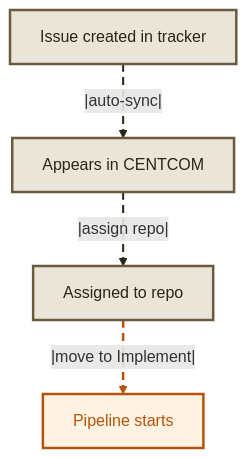
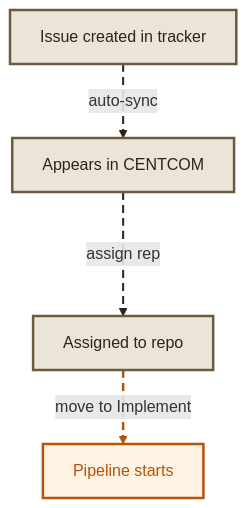
Before and after one commit to dunkinfrunkin/maestro: the second of 5 diagrams in docs/docs/concepts/index.mdx, drawn with Mermaid. The commit also changed other lines of this file, not shown here.

Commit message:
fix: remove pipe delimiters from mermaid edge labels

````diff
--- a/docs/docs/concepts/index.mdx
+++ b/docs/docs/concepts/index.mdx
@@ -42,15 +42,15 @@
 ```mermaid
 graph TB
-  I["Issue created in tracker"] -- |auto-sync| --> T["Appears in CENTCOM"]
-  T -- |assign repo| --> A["Assigned to repo"]
-  A -- |move to Implement| --> P["Pipeline starts"]
+  I["Issue created in tracker"] --auto-sync--> T["Appears in CENTCOM"]
+  T --assign repo--> A["Assigned to repo"]
+  A --move to Implement--> P["Pipeline starts"]
 
   style I fill:#ebe5d9,stroke:#6b5b3e,stroke-width:2.5px,color:#2c2416
   style T fill:#ebe5d9,stroke:#6b5b3e,stroke-width:2.5px,color:#2c2416
   style A fill:#ebe5d9,stroke:#6b5b3e,stroke-width:2.5px,color:#2c2416
   style P fill:#fef3e2,stroke:#b45309,stroke-width:2.5px,color:#b45309
 
   linkStyle 0 stroke:#2c2416,stroke-width:2px,stroke-dasharray:8 5
   linkStyle 1 stroke:#2c2416,stroke-width:2px,stroke-dasharray:8 5
   linkStyle 2 stroke:#b45309,stroke-width:2.5px,stroke-dasharray:8 5
 ```
````
